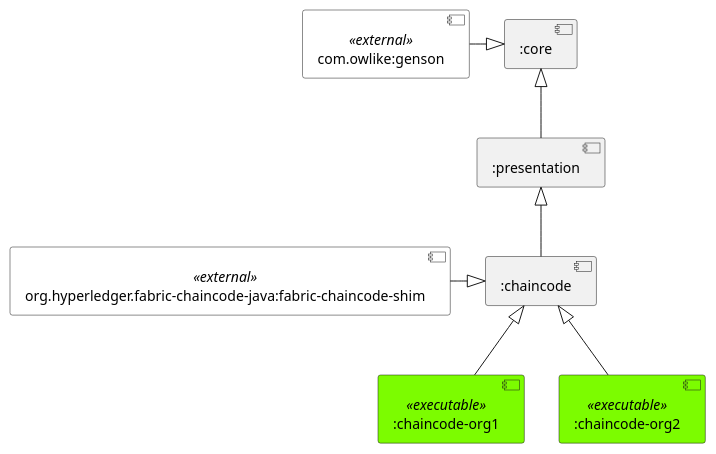
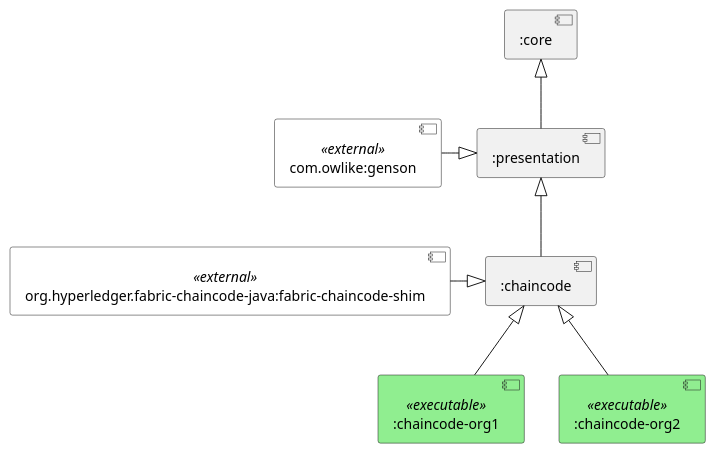
Before and after one commit to tassiluca/ChainVote: the diagram in docs/schemas/smart-contract-architecture.puml, drawn with PlantUML. The commit also changed 6 other files, not shown here.

```diff
--- a/docs/schemas/smart-contract-architecture.puml
+++ b/docs/schemas/smart-contract-architecture.puml
@@ -1,26 +1,26 @@
 @startuml smart-contract-architecture
 
 skinparam component {
     BackgroundColor<<external>> White
-    BackgroundColor<<executable>> LawnGreen
+    BackgroundColor<<executable>> LightGreen
 }
 
 [:core] as C
 
 [:presentation] as P
 [com.owlike:genson] as GNS <<external>>
 
 [:chaincode] as CH
 [:chaincode-org1] as CH1 <<executable>>
 [:chaincode-org2] as CH2 <<executable>>
 [org.hyperledger.fabric-chaincode-java:fabric-chaincode-shim] as FABRIC <<external>>
 
 P -up-|> C
 CH -up-|> P
 CH1 -up-|> CH 
 CH2 -up-|> CH
 
-GNS -|> C
+GNS -|> P
 FABRIC -|> CH
 
 @enduml
```
